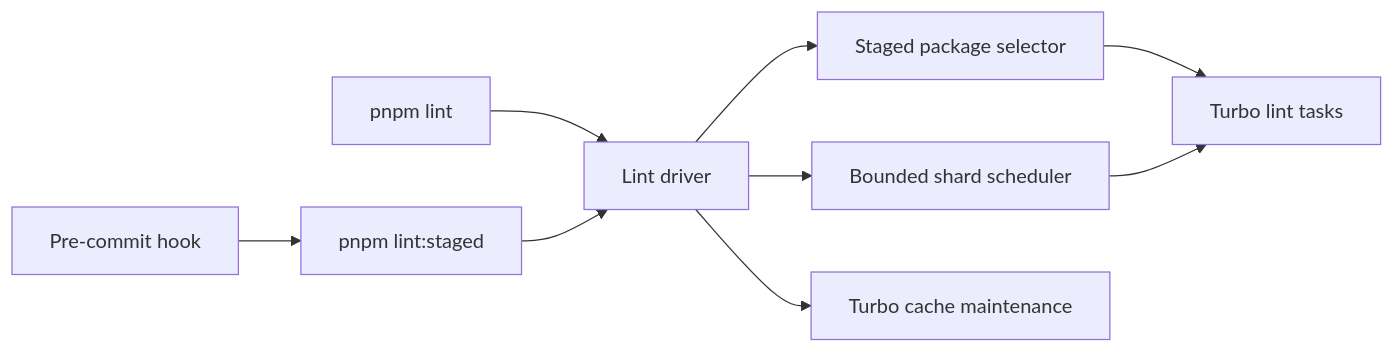
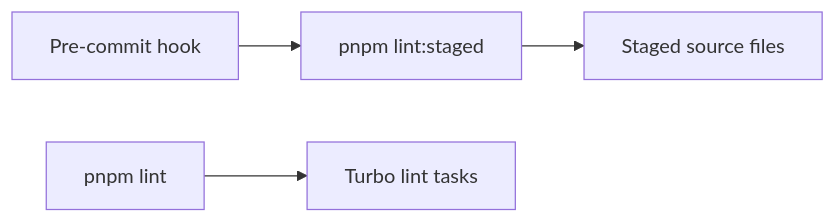
One commit to TheHypertextStudio/athena-web changed the diagram in docs/engineering/linting.md. Above: the diagram before and after it, drawn with Mermaid. The commit also changed other lines of this file and 78 other files, not shown here.

````diff
--- a/docs/engineering/linting.md
+++ b/docs/engineering/linting.md
@@ -29,11 +20,6 @@
 ```mermaid
 flowchart LR
   Hook[Pre-commit hook] --> Staged[pnpm lint:staged]
-  Full[pnpm lint] --> Driver[Lint driver]
-  Staged --> Driver
-  Driver --> Selector[Staged package selector]
-  Driver --> Scheduler[Bounded shard scheduler]
-  Driver --> Cache[Turbo cache maintenance]
-  Selector --> Turbo[Turbo lint tasks]
-  Scheduler --> Turbo
+  Staged --> Files[Staged source files]
+  Full[pnpm lint] --> Turbo[Turbo lint tasks]
 ```
````
